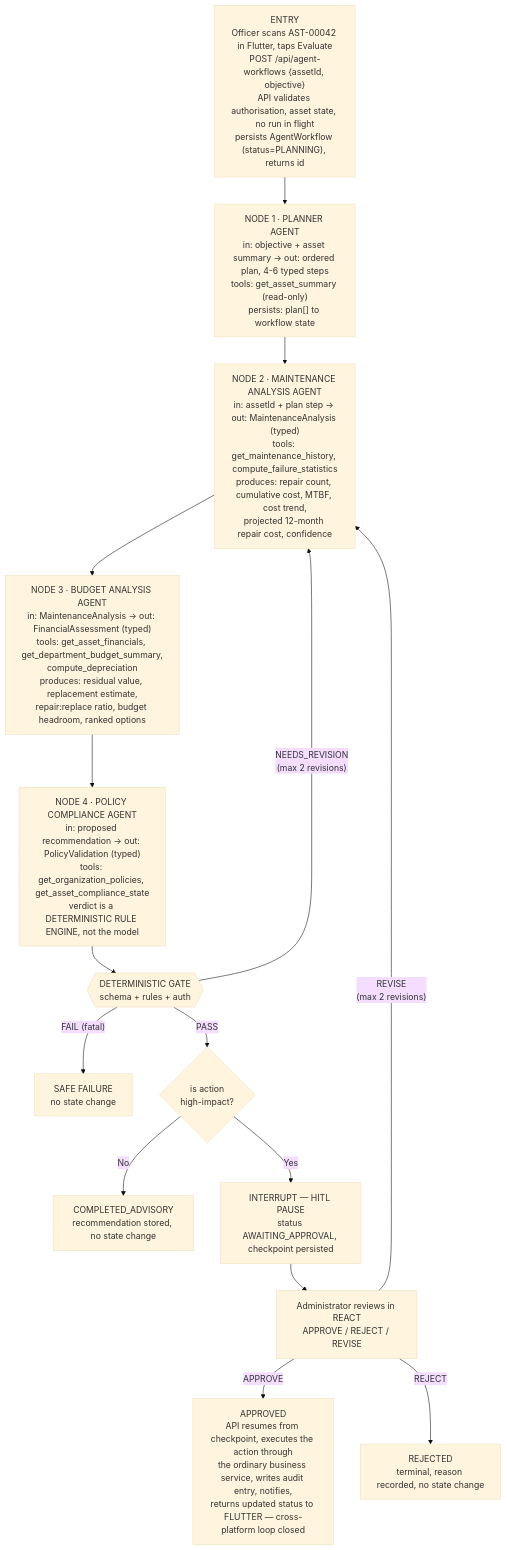
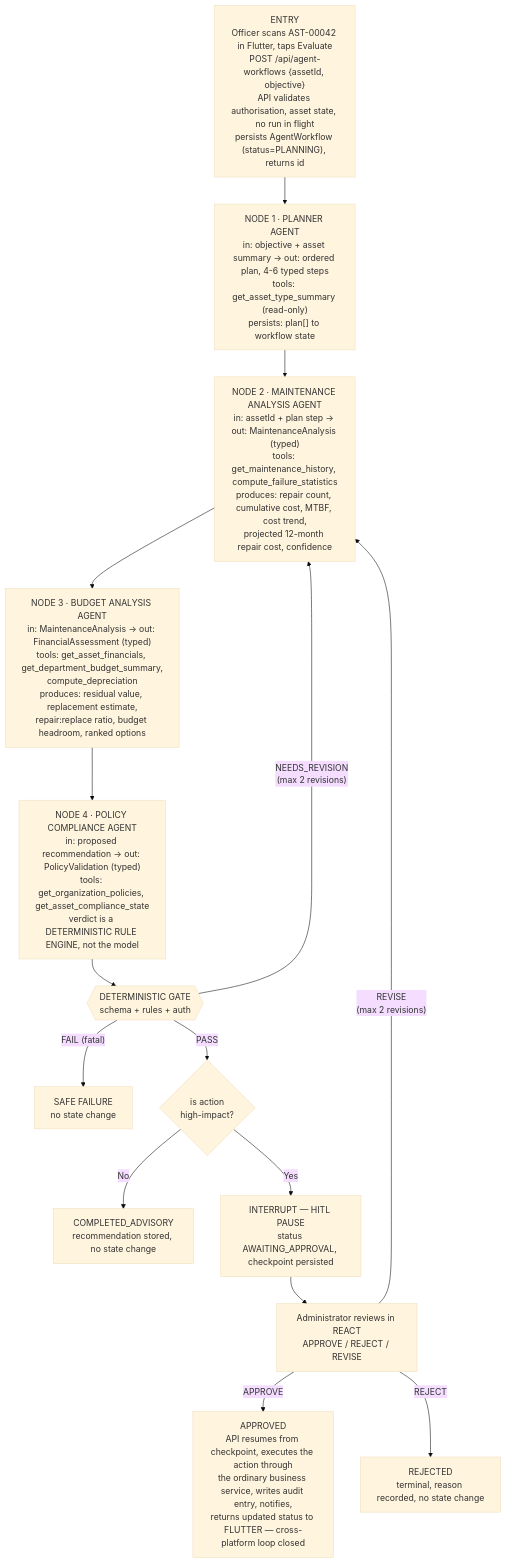
One commit to CoreGrid-org/CoreGrid changed the first of 2 diagrams in docs/srs/07-agentic-ai-subsystem-requirements.md. Above: the diagram before and after it, drawn with Mermaid (base theme). The commit also changed other lines of this file and 13 other files, not shown here.

````diff
--- a/docs/srs/07-agentic-ai-subsystem-requirements.md
+++ b/docs/srs/07-agentic-ai-subsystem-requirements.md
@@ -22,31 +22,31 @@
 ```mermaid
 flowchart TD
     ENTRY["ENTRY\nOfficer scans AST-00042 in Flutter, taps Evaluate\nPOST /api/agent-workflows {assetId, objective}\nAPI validates authorisation, asset state, no run in flight\npersists AgentWorkflow (status=PLANNING), returns id"]
 
-    N1["NODE 1 · PLANNER AGENT\nin: objective + asset summary → out: ordered plan, 4-6 typed steps\ntools: get_asset_summary (read-only)\npersists: plan[] to workflow state"]
+    N1["NODE 1 · PLANNER AGENT\nin: objective + asset summary → out: ordered plan, 4-6 typed steps\ntools: get_asset_type_summary (read-only)\npersists: plan[] to workflow state"]
 
     N2["NODE 2 · MAINTENANCE ANALYSIS AGENT\nin: assetId + plan step → out: MaintenanceAnalysis (typed)\ntools: get_maintenance_history, compute_failure_statistics\nproduces: repair count, cumulative cost, MTBF, cost trend,\nprojected 12-month repair cost, confidence"]
 
     N3["NODE 3 · BUDGET ANALYSIS AGENT\nin: MaintenanceAnalysis → out: FinancialAssessment (typed)\ntools: get_asset_financials, get_department_budget_summary,\ncompute_depreciation\nproduces: residual value, replacement estimate,\nrepair:replace ratio, budget headroom, ranked options"]
 
     N4["NODE 4 · POLICY COMPLIANCE AGENT\nin: proposed recommendation → out: PolicyValidation (typed)\ntools: get_organization_policies, get_asset_compliance_state\nverdict is a DETERMINISTIC RULE ENGINE, not the model"]
 
     GATE{{"DETERMINISTIC GATE\nschema + rules + auth"}}
     SAFE["SAFE FAILURE\nno state change"]
     IMPACT{"is action\nhigh-impact?"}
     ADVISORY["COMPLETED_ADVISORY\nrecommendation stored, no state change"]
     INTERRUPT["INTERRUPT — HITL PAUSE\nstatus AWAITING_APPROVAL, checkpoint persisted"]
     REACT["Administrator reviews in REACT\nAPPROVE / REJECT / REVISE"]
     APPROVED["APPROVED\nAPI resumes from checkpoint, executes the action through\nthe ordinary business service, writes audit entry, notifies,\nreturns updated status to FLUTTER — cross-platform loop closed"]
     REJECTED["REJECTED\nterminal, reason recorded, no state change"]
 
     ENTRY --> N1 --> N2 --> N3 --> N4 --> GATE
     GATE -->|"FAIL (fatal)"| SAFE
     GATE -->|"NEEDS_REVISION\n(max 2 revisions)"| N2
     GATE -->|PASS| IMPACT
     IMPACT -->|No| ADVISORY
     IMPACT -->|Yes| INTERRUPT --> REACT
     REACT -->|APPROVE| APPROVED
     REACT -->|REJECT| REJECTED
     REACT -->|"REVISE\n(max 2 revisions)"| N2
 ```
````
